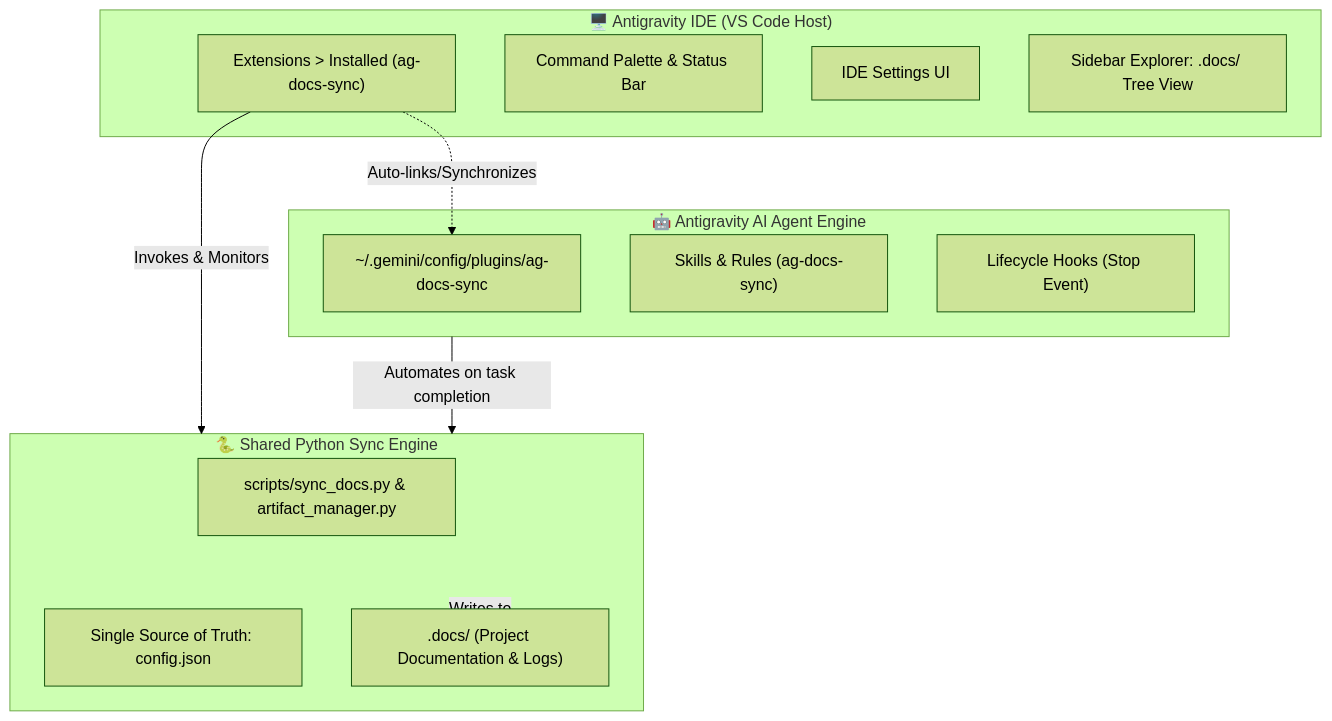
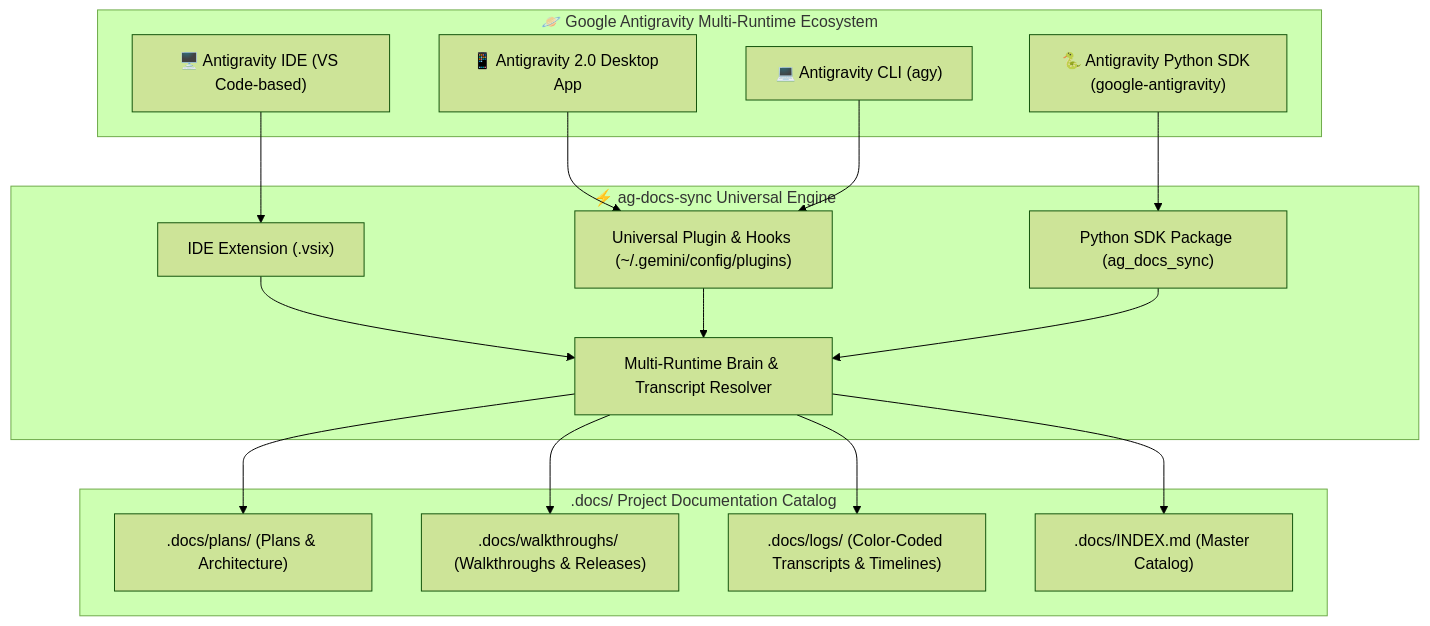
Before and after one commit to donsony/ag-ext-docs: the diagram in README.md, drawn with Mermaid (forest theme). The commit also changed other lines of this file and 21 other files, not shown here.

Commit message:
feat: release v1.0.3 - support all Antigravity versions (IDE, 2.0, CLI, and Python SDK)

````diff
--- a/README.md
+++ b/README.md
@@ -13,27 +20,37 @@
 ```mermaid
 graph TD
-    subgraph IDE_UI ["🖥️ Antigravity IDE (VS Code Host)"]
-        UI_EXT["Extensions > Installed (ag-docs-sync)"]
-        CMD["Command Palette & Status Bar"]
-        SETTINGS["IDE Settings UI"]
-        TREE["Sidebar Explorer: .docs/ Tree View"]
+    subgraph RUNTIMES ["🪐 Google Antigravity Multi-Runtime Ecosystem"]
+        IDE["🖥️ Antigravity IDE (VS Code-based)"]
+        APP["📱 Antigravity 2.0 Desktop App"]
+        CLI["💻 Antigravity CLI (agy)"]
+        SDK["🐍 Antigravity Python SDK (google-antigravity)"]
     end
 
-    subgraph AGENT_CORE ["🤖 Antigravity AI Agent Engine"]
-        PLUGIN["~/.gemini/config/plugins/ag-docs-sync"]
-        SKILL["Skills & Rules (ag-docs-sync)"]
-        HOOKS["Lifecycle Hooks (Stop Event)"]
+    subgraph ENGINE ["⚡ ag-docs-sync Universal Engine"]
+        PLUGIN["Universal Plugin & Hooks (~/.gemini/config/plugins)"]
+        PY_PKG["Python SDK Package (ag_docs_sync)"]
+        IDE_EXT["IDE Extension (.vsix)"]
+        DISCOVERY["Multi-Runtime Brain & Transcript Resolver"]
     end
 
-    subgraph ENGINE ["🐍 Shared Python Sync Engine"]
-        SCRIPTS["scripts/sync_docs.py & artifact_manager.py"]
-        CONFIG["Single Source of Truth: config.json"]
-        OUTPUT[".docs/ (Project Documentation & Logs)"]
+    subgraph OUTPUT [".docs/ Project Documentation Catalog"]
+        PLANS[".docs/plans/ (Plans & Architecture)"]
+        WALK[".docs/walkthroughs/ (Walkthroughs & Releases)"]
+        LOGS[".docs/logs/ (Color-Coded Transcripts & Timelines)"]
+        INDEX[".docs/INDEX.md (Master Catalog)"]
     end
 
-    UI_EXT -->|Invokes & Monitors| ENGINE
-    AGENT_CORE -->|Automates on task completion| ENGINE
-    ENGINE --- CONFIG
-    ENGINE -->|Writes to| OUTPUT
-    UI_EXT -.->|Auto-links/Synchronizes| PLUGIN
+    IDE --> IDE_EXT
+    APP --> PLUGIN
+    CLI --> PLUGIN
+    SDK --> PY_PKG
+
+    IDE_EXT --> DISCOVERY
+    PLUGIN --> DISCOVERY
+    PY_PKG --> DISCOVERY
+
+    DISCOVERY --> PLANS
+    DISCOVERY --> WALK
+    DISCOVERY --> LOGS
+    DISCOVERY --> INDEX
 ```
````
